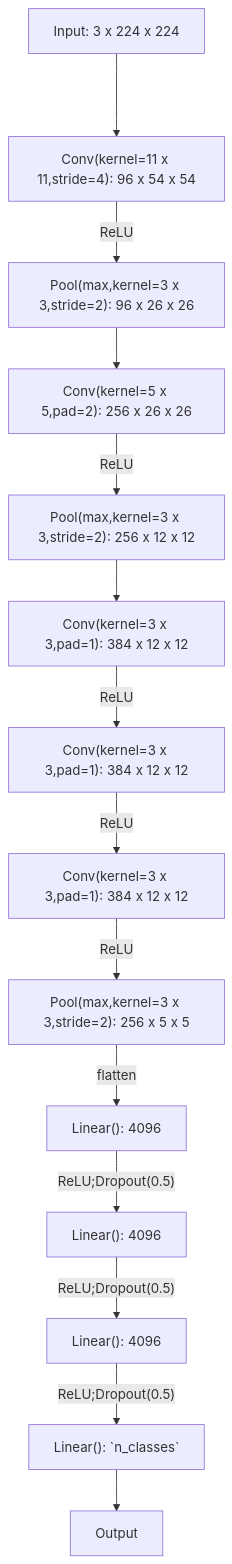
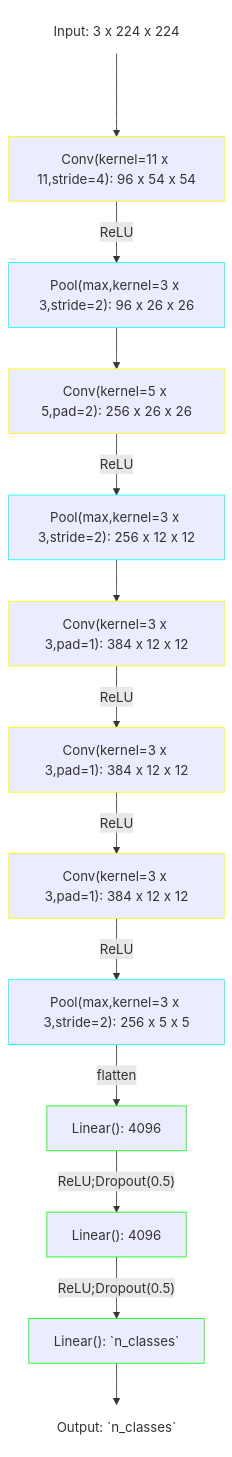
One commit to bajcsiadel/fMRI-Analysis-to-Predict-Alzheimer-Traditional-vs-Deep-Learning changed the diagram in src/model/alexnet/README.md. Above: the diagram before and after it, drawn with Mermaid. The commit also changed other lines of this file and 8 other files, not shown here.

````diff
--- a/src/model/alexnet/README.md
+++ b/src/model/alexnet/README.md
@@ -14,16 +14,20 @@
 ```mermaid
 graph TD;
-    A[Input: 3 x 224 x 224] ---> B["Conv(kernel=11 x 11,stride=4): 96 x 54 x 54"];
-    B -- ReLU --> C["Pool(max,kernel=3 x 3,stride=2): 96 x 26 x 26"];
-    C --> D["Conv(kernel=5 x 5,pad=2): 256 x 26 x 26"];
-    D -- ReLU --> E["Pool(max,kernel=3 x 3,stride=2): 256 x 12 x 12"];
-    E --> F["Conv(kernel=3 x 3,pad=1): 384 x 12 x 12"];
-    F -- ReLU --> G["Conv(kernel=3 x 3,pad=1): 384 x 12 x 12"];
-    G -- ReLU --> H["Conv(kernel=3 x 3,pad=1): 384 x 12 x 12"];
-    H -- ReLU --> I["Pool(max,kernel=3 x 3,stride=2): 256 x 5 x 5"];
-    I -- flatten --> J["Linear(): 4096"];
-    J -- "ReLU;Dropout(0.5)" --> K["Linear(): 4096"];
-    K -- "ReLU;Dropout(0.5)" --> L["Linear(): 4096"];
-    L -- "ReLU;Dropout(0.5)" --> M["Linear(): `n_classes`"];
-    M --> N[Output];
+    classDef convNode stroke:#FFFF00;
+    classDef poolNode stroke:#00FFFF;
+    classDef linearNode stroke:#00FF00;
+    classDef simpleText stroke-opacity:0, fill-opacity: 0;
+    
+    INPUT[Input: 3 x 224 x 224]:::simpleText ---> B["Conv(kernel=11 x 11,stride=4): 96 x 54 x 54"]:::convNode;
+    B -- ReLU --> C["Pool(max,kernel=3 x 3,stride=2): 96 x 26 x 26"]:::poolNode;
+    C --> D["Conv(kernel=5 x 5,pad=2): 256 x 26 x 26"]:::convNode;
+    D -- ReLU --> E["Pool(max,kernel=3 x 3,stride=2): 256 x 12 x 12"]:::poolNode;
+    E --> F["Conv(kernel=3 x 3,pad=1): 384 x 12 x 12"]:::convNode;
+    F -- ReLU --> G["Conv(kernel=3 x 3,pad=1): 384 x 12 x 12"]:::convNode;
+    G -- ReLU --> H["Conv(kernel=3 x 3,pad=1): 384 x 12 x 12"]:::convNode;
+    H -- ReLU --> I["Pool(max,kernel=3 x 3,stride=2): 256 x 5 x 5"]:::poolNode;
+    I -- flatten --> J["Linear(): 4096"]:::linearNode;
+    J -- "ReLU;Dropout(0.5)" --> K["Linear(): 4096"]:::linearNode;
+    K -- "ReLU;Dropout(0.5)" --> L["Linear(): `n_classes`"]:::linearNode;
+    L --> OUTPUT[Output: `n_classes`]:::simpleText;
 ```
````
